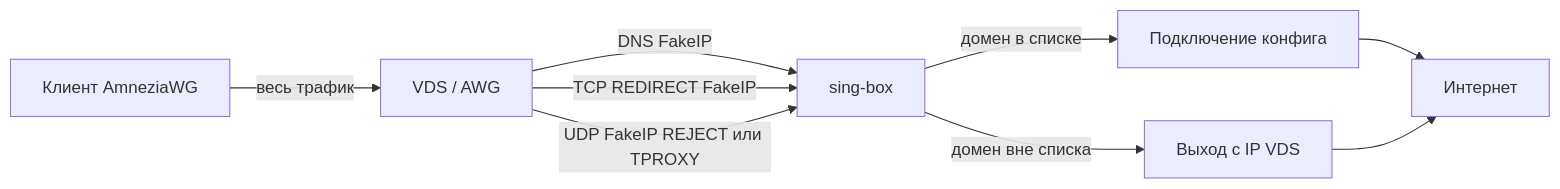
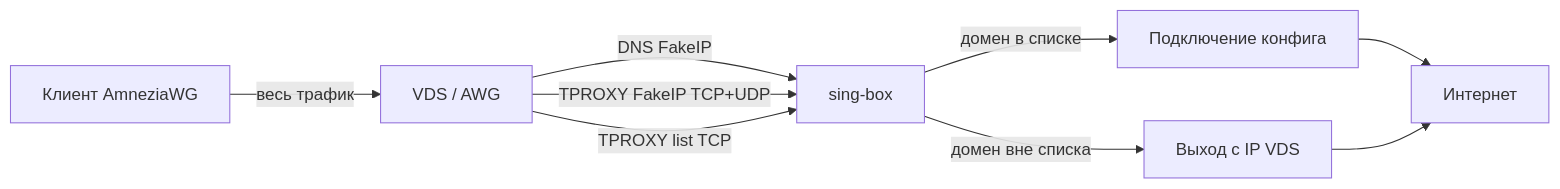
One commit to alt-plus-255/awg-gui changed the diagram in readme/ru/resolver.md. Above: the diagram before and after it, drawn with Mermaid. The commit also changed other lines of this file and 14 other files, not shown here.

````diff
--- a/readme/ru/resolver.md
+++ b/readme/ru/resolver.md
@@ -25,11 +25,11 @@
 ```mermaid
 flowchart LR
   Client[Клиент AmneziaWG] -->|весь трафик| VDS[VDS / AWG]
   VDS -->|DNS FakeIP| SB[sing-box]
-  VDS -->|TCP REDIRECT FakeIP| SB
-  VDS -->|UDP FakeIP REJECT или TPROXY| SB
+  VDS -->|TPROXY FakeIP TCP+UDP| SB
+  VDS -->|TPROXY list TCP| SB
   SB -->|домен в списке| Conn[Подключение конфига]
   SB -->|домен вне списка| VDSip[Выход с IP VDS]
   Conn --> Internet[Интернет]
   VDSip --> Internet
 ```
````
